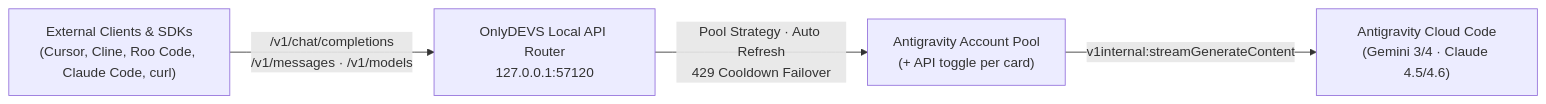
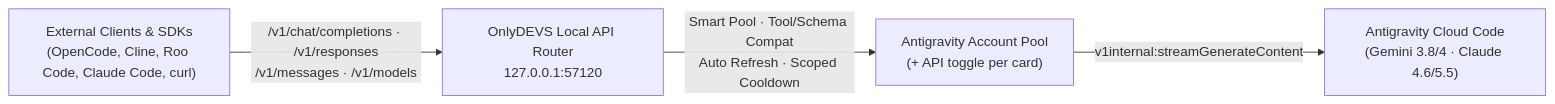
One commit to Khoahihi1/OnlyDEVS-Antigravity changed the diagram in README.md. Above: the diagram before and after it, drawn with Mermaid. The commit also changed other lines of this file, not shown here.

Commit message:
docs: update README for v1.1.3 daily-cloudcode-pa router & tool/schema compat

````diff
--- a/README.md
+++ b/README.md
@@ -52,6 +52,6 @@
 ```mermaid
 flowchart LR
-    A["External Clients & SDKs\n(Cursor, Cline, Roo Code, Claude Code, curl)"] -->|"/v1/chat/completions\n/v1/messages · /v1/models"| B["OnlyDEVS Local API Router\n127.0.0.1:57120"]
-    B -->|"Pool Strategy · Auto Refresh\n429 Cooldown Failover"| C["Antigravity Account Pool\n(+ API toggle per card)"]
-    C -->|"v1internal:streamGenerateContent"| D["Antigravity Cloud Code\n(Gemini 3/4 · Claude 4.5/4.6)"]
+    A["External Clients & SDKs\n(OpenCode, Cline, Roo Code, Claude Code, curl)"] -->|"/v1/chat/completions · /v1/responses\n/v1/messages · /v1/models"| B["OnlyDEVS Local API Router\n127.0.0.1:57120"]
+    B -->|"Smart Pool · Tool/Schema Compat\nAuto Refresh · Scoped Cooldown"| C["Antigravity Account Pool\n(+ API toggle per card)"]
+    C -->|"v1internal:streamGenerateContent"| D["Antigravity Cloud Code\n(Gemini 3.8/4 · Claude 4.6/5.5)"]
 ```
````
